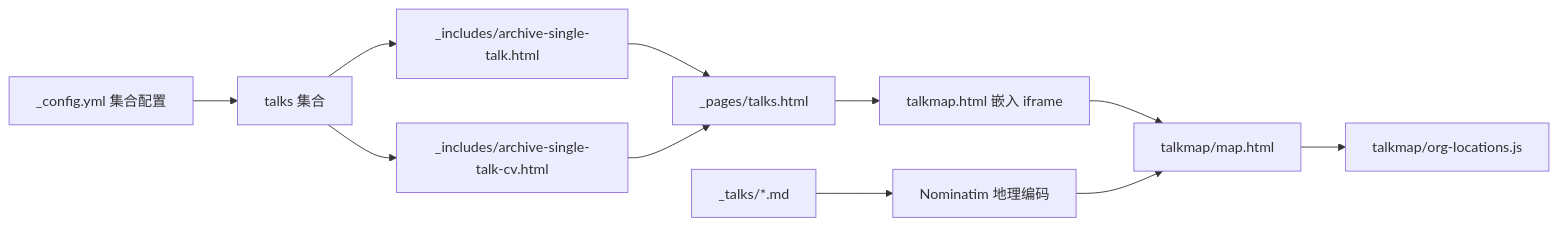
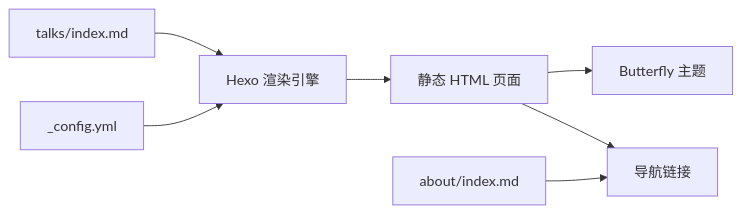
One commit to CoolPig0720/CoolPig0720.github.io changed the fourth of 4 diagrams in .qoder/repowiki/zh/content/学术功能模块/会议展示功能.md. Above: the diagram before and after it, drawn with Mermaid. The commit also changed other lines of this file and 36 other files, not shown here.

````diff
--- a/.qoder/repowiki/zh/content/学术功能模块/会议展示功能.md
+++ b/.qoder/repowiki/zh/content/学术功能模块/会议展示功能.md
@@ -271,13 +184,9 @@
 ```mermaid
 graph LR
-CFG["_config.yml 集合配置"] --> COL["talks 集合"]
-COL --> INC1["_includes/archive-single-talk.html"]
-COL --> INC2["_includes/archive-single-talk-cv.html"]
-INC1 --> P1["_pages/talks.html"]
-INC2 --> P1
-P1 --> IFM["talkmap.html 嵌入 iframe"]
-IFM --> MAP["talkmap/map.html"]
-MAP --> JSF["talkmap/org-locations.js"]
-MD["_talks/*.md"] --> GEO["Nominatim 地理编码"]
-GEO --> MAP
+MD["talks/index.md"] --> HEXO["Hexo 渲染引擎"]
+HEXO --> HTML["静态 HTML 页面"]
+HTML --> THEME["Butterfly 主题"]
+HTML --> NAV["导航链接"]
+CFG["_config.yml"] --> HEXO
+ABOUT["about/index.md"] --> NAV
 ```
````
